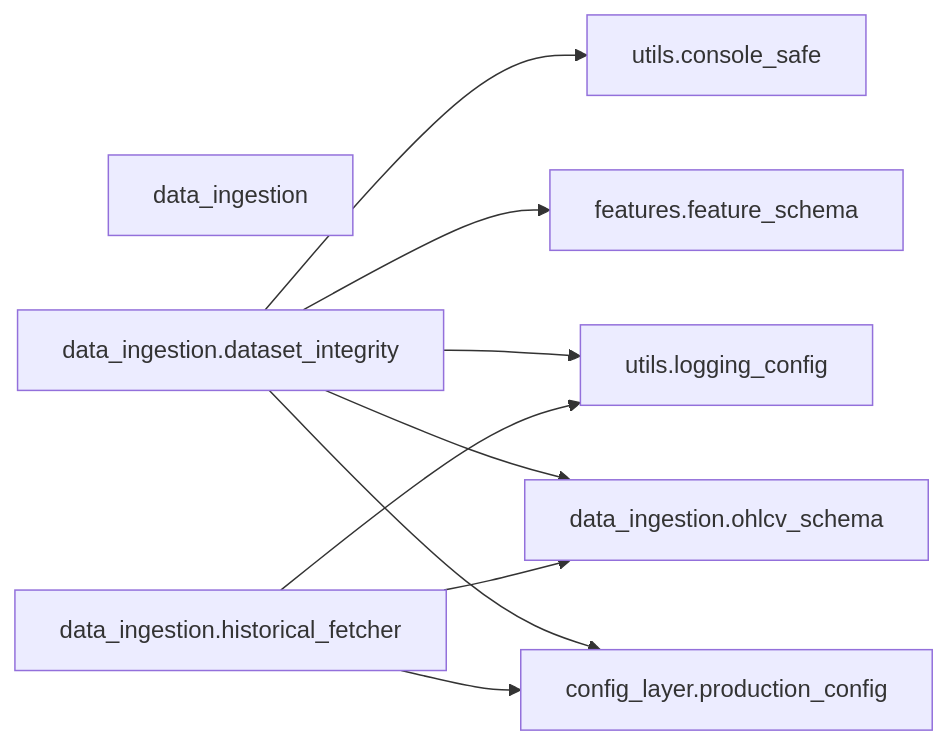
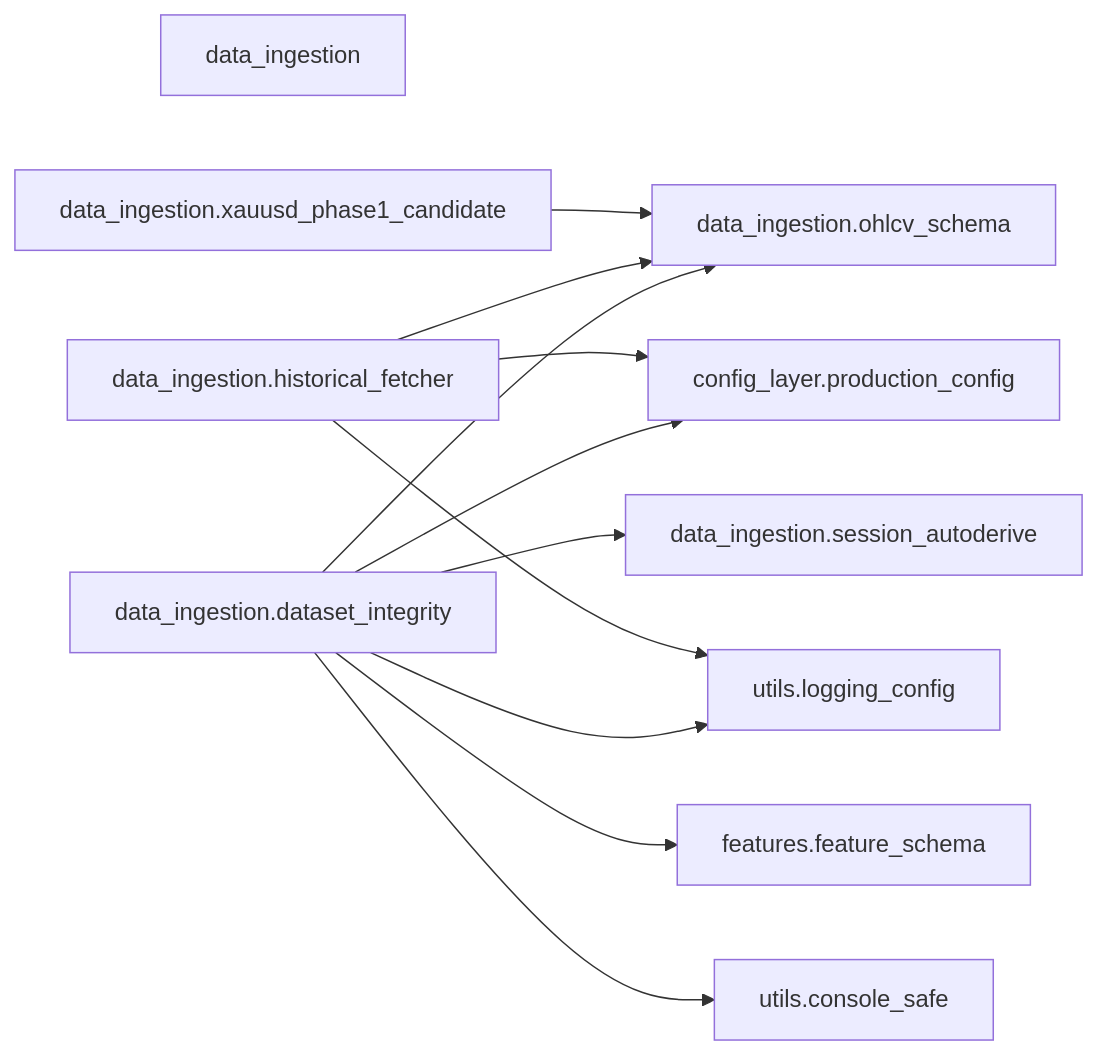
The ninth of 38 diagrams in docs/architecture/code-map.generated.md (Chaithu1995-0312/TradeHlt), drawn with Mermaid before and after one commit. The commit also changed other lines of this file and 159 other files, not shown here.

````diff
--- a/docs/architecture/code-map.generated.md
+++ b/docs/architecture/code-map.generated.md
@@ -531,19 +675,23 @@
 ```mermaid
 flowchart LR
     data_ingestion["data_ingestion"]
     data_ingestion_dataset_integrity["data_ingestion.dataset_integrity"]
     data_ingestion_historical_fetcher["data_ingestion.historical_fetcher"]
     data_ingestion_ohlcv_schema["data_ingestion.ohlcv_schema"]
+    data_ingestion_session_autoderive["data_ingestion.session_autoderive"]
+    data_ingestion_xauusd_phase1_candidate["data_ingestion.xauusd_phase1_candidate"]
     config_layer_production_config["config_layer.production_config"]
     features_feature_schema["features.feature_schema"]
     utils_console_safe["utils.console_safe"]
     utils_logging_config["utils.logging_config"]
     data_ingestion_dataset_integrity --> config_layer_production_config
     data_ingestion_dataset_integrity --> data_ingestion_ohlcv_schema
+    data_ingestion_dataset_integrity --> data_ingestion_session_autoderive
     data_ingestion_dataset_integrity --> features_feature_schema
     data_ingestion_dataset_integrity --> utils_console_safe
     data_ingestion_dataset_integrity --> utils_logging_config
     data_ingestion_historical_fetcher --> config_layer_production_config
     data_ingestion_historical_fetcher --> data_ingestion_ohlcv_schema
     data_ingestion_historical_fetcher --> utils_logging_config
+    data_ingestion_xauusd_phase1_candidate --> data_ingestion_ohlcv_schema
 ```
````
